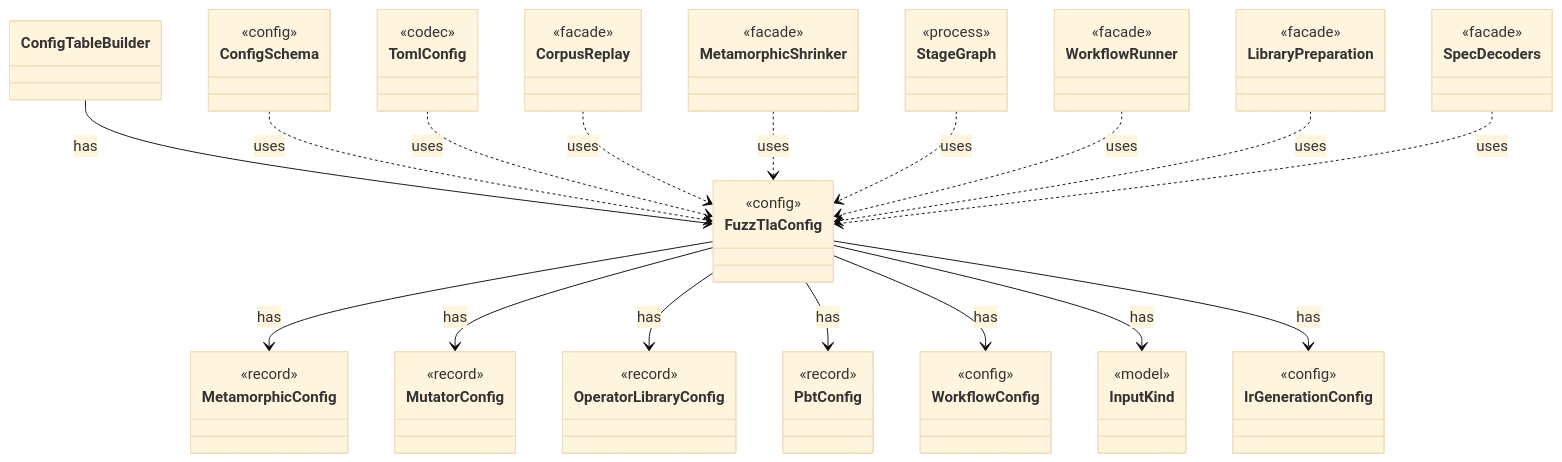
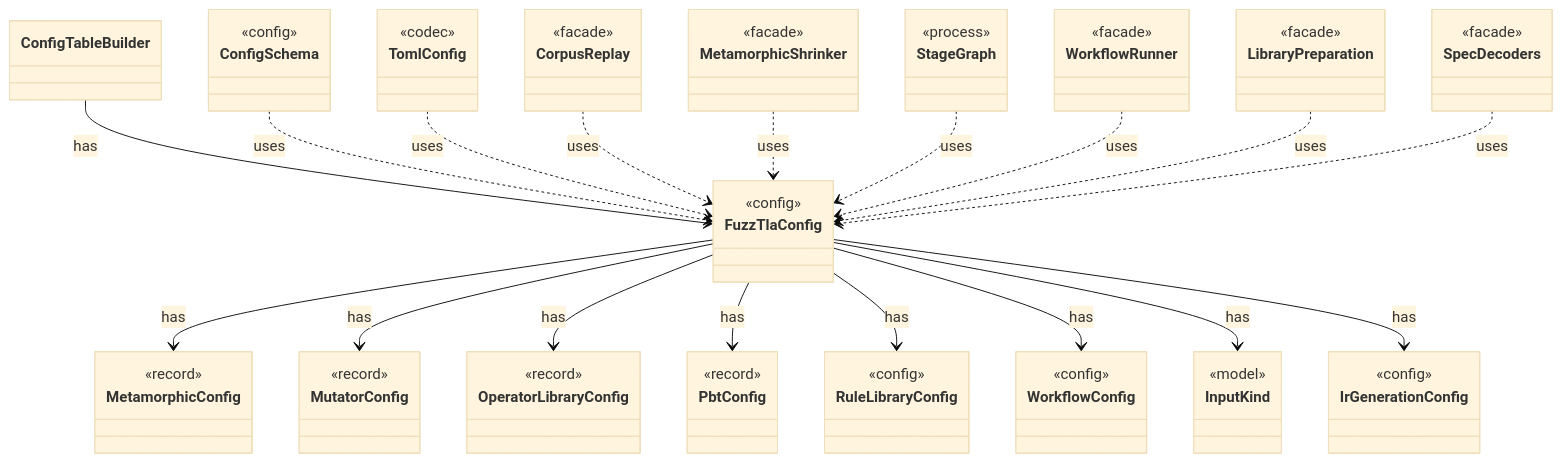
Before and after one commit to tlaplus/model-checker-hardening: the diagram in dev/types/io.github.tlaplus.hardening.config.FuzzTlaConfig.md, drawn with Mermaid (base theme). The commit also changed other lines of this file and 405 other files, not shown here.

````diff
--- a/dev/types/io.github.tlaplus.hardening.config.FuzzTlaConfig.md
+++ b/dev/types/io.github.tlaplus.hardening.config.FuzzTlaConfig.md
@@ -7,68 +7,72 @@
 ```mermaid
 classDiagram
   class FuzzTlaConfig {
     <<config>>
   }
   class MetamorphicConfig {
     <<record>>
   }
   class MutatorConfig {
     <<record>>
   }
   class OperatorLibraryConfig {
     <<record>>
   }
   class PbtConfig {
     <<record>>
+  }
+  class RuleLibraryConfig {
+    <<config>>
   }
   class WorkflowConfig {
     <<config>>
   }
   class InputKind {
     <<model>>
   }
   class IrGenerationConfig {
     <<config>>
   }
   class ConfigTableBuilder
   class ConfigSchema {
     <<config>>
   }
   class TomlConfig {
     <<codec>>
   }
   class CorpusReplay {
     <<facade>>
   }
   class MetamorphicShrinker {
     <<facade>>
   }
   class StageGraph {
     <<process>>
   }
   class WorkflowRunner {
     <<facade>>
   }
   class LibraryPreparation {
     <<facade>>
   }
   class SpecDecoders {
     <<facade>>
   }
   FuzzTlaConfig --> MetamorphicConfig : has
   FuzzTlaConfig --> MutatorConfig : has
   FuzzTlaConfig --> OperatorLibraryConfig : has
   FuzzTlaConfig --> PbtConfig : has
+  FuzzTlaConfig --> RuleLibraryConfig : has
   FuzzTlaConfig --> WorkflowConfig : has
   FuzzTlaConfig --> InputKind : has
   FuzzTlaConfig --> IrGenerationConfig : has
   ConfigTableBuilder --> FuzzTlaConfig : has
   ConfigSchema ..> FuzzTlaConfig : uses
   TomlConfig ..> FuzzTlaConfig : uses
   CorpusReplay ..> FuzzTlaConfig : uses
   MetamorphicShrinker ..> FuzzTlaConfig : uses
   StageGraph ..> FuzzTlaConfig : uses
   WorkflowRunner ..> FuzzTlaConfig : uses
   LibraryPreparation ..> FuzzTlaConfig : uses
   SpecDecoders ..> FuzzTlaConfig : uses
 ```
````
